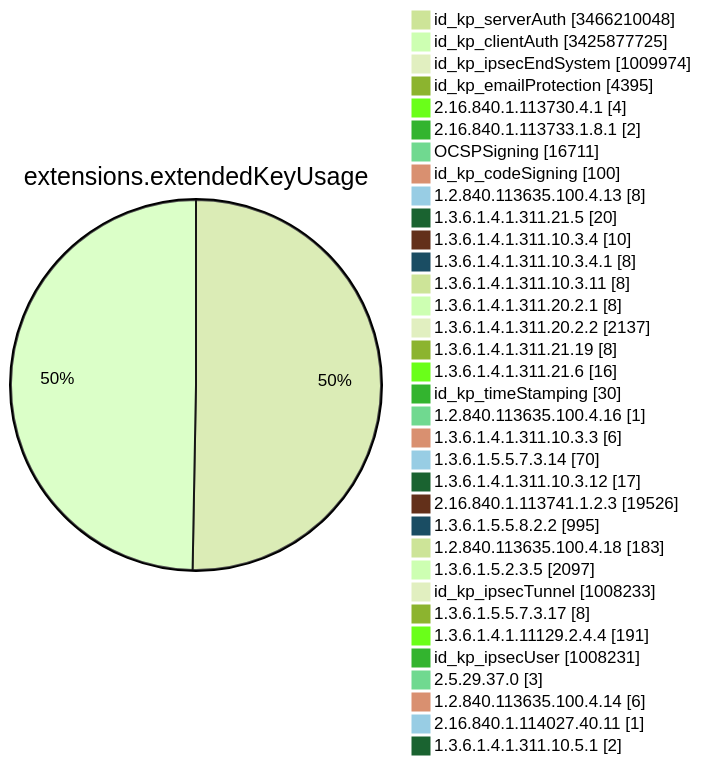
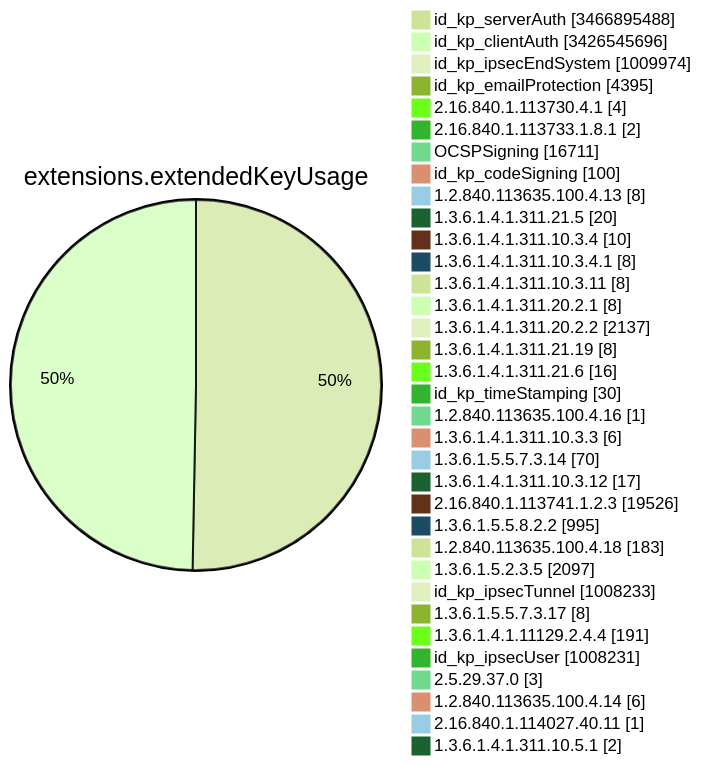
Before and after one commit to christiankrug/ctmonitor_visualization: diagram 11 of 15 in TOTAL/README.md, drawn with Mermaid (forest theme). The commit also changed other lines of this file, not shown here.

````diff
--- a/TOTAL/README.md
+++ b/TOTAL/README.md
@@ -4123,38 +4123,38 @@
 ```mermaid
 pie showData
 title extensions.extendedKeyUsage
-"id_kp_serverAuth" :3466210048
-"id_kp_clientAuth" :3425877725
+"id_kp_serverAuth" :3466895488
+"id_kp_clientAuth" :3426545696
 "id_kp_ipsecEndSystem" :1009974
 "id_kp_emailProtection" :4395
 "2.16.840.1.113730.4.1" :4
 "2.16.840.1.113733.1.8.1" :2
 "OCSPSigning" :16711
 "id_kp_codeSigning" :100
 "1.2.840.113635.100.4.13" :8
 "1.3.6.1.4.1.311.21.5" :20
 "1.3.6.1.4.1.311.10.3.4" :10
 "1.3.6.1.4.1.311.10.3.4.1" :8
 "1.3.6.1.4.1.311.10.3.11" :8
 "1.3.6.1.4.1.311.20.2.1" :8
 "1.3.6.1.4.1.311.20.2.2" :2137
 "1.3.6.1.4.1.311.21.19" :8
 "1.3.6.1.4.1.311.21.6" :16
 "id_kp_timeStamping" :30
 "1.2.840.113635.100.4.16" :1
 "1.3.6.1.4.1.311.10.3.3" :6
 "1.3.6.1.5.5.7.3.14" :70
 "1.3.6.1.4.1.311.10.3.12" :17
 "2.16.840.1.113741.1.2.3" :19526
 "1.3.6.1.5.5.8.2.2" :995
 "1.2.840.113635.100.4.18" :183
 "1.3.6.1.5.2.3.5" :2097
 "id_kp_ipsecTunnel" :1008233
 "1.3.6.1.5.5.7.3.17" :8
 "1.3.6.1.4.1.11129.2.4.4" :191
 "id_kp_ipsecUser" :1008231
 "2.5.29.37.0" :3
 "1.2.840.113635.100.4.14" :6
 "2.16.840.1.114027.40.11" :1
 "1.3.6.1.4.1.311.10.5.1" :2
 ```
````
